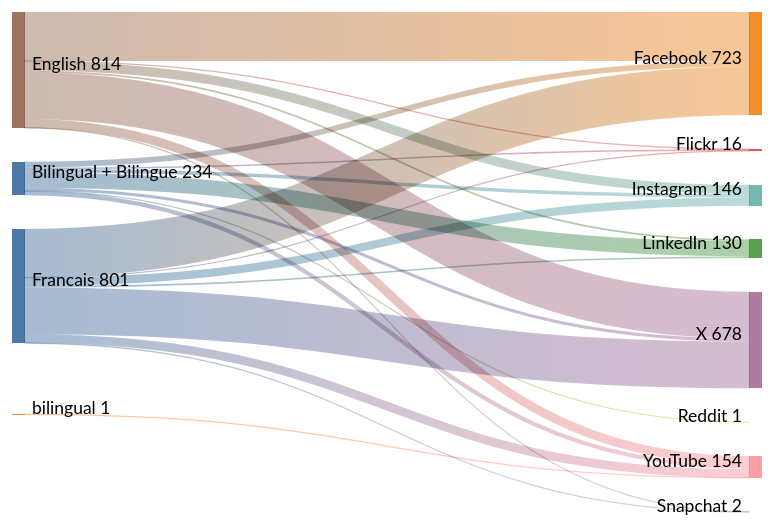
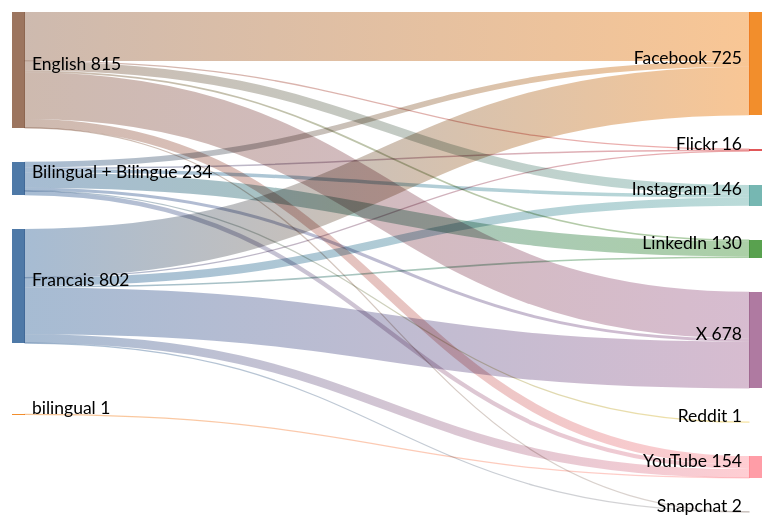
The diagram in sankey_diagram.md (PatLittle/GC-Socials), drawn with Mermaid (neutral theme) before and after one commit.

Commit message:
Update Sankey diagram for the most recent day

````diff
--- a/sankey_diagram.md
+++ b/sankey_diagram.md
@@ -1,25 +1,25 @@
 ```mermaid
 sankey-beta
   Bilingual + Bilingue,Facebook,40
   Bilingual + Bilingue,Flickr,11
   Bilingual + Bilingue,Instagram,24
   Bilingual + Bilingue,LinkedIn,107
   Bilingual + Bilingue,Reddit,1
   Bilingual + Bilingue,X,21
   Bilingual + Bilingue,YouTube,30
-  English,Facebook,343
+  English,Facebook,344
   English,Flickr,3
   English,Instagram,64
   English,LinkedIn,12
   English,Snapchat,1
   English,X,329
   English,YouTube,62
-  Francais,Facebook,340
+  Francais,Facebook,341
   Francais,Flickr,2
   Francais,Instagram,58
   Francais,LinkedIn,11
   Francais,Snapchat,1
   Francais,X,328
   Francais,YouTube,61
   bilingual,YouTube,1
 ```
````
